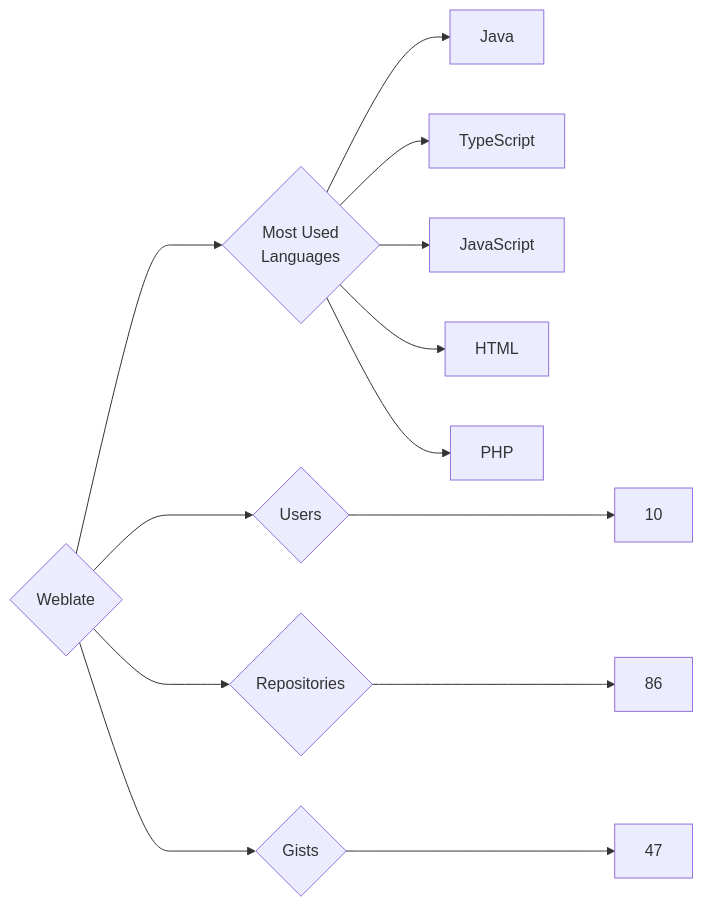
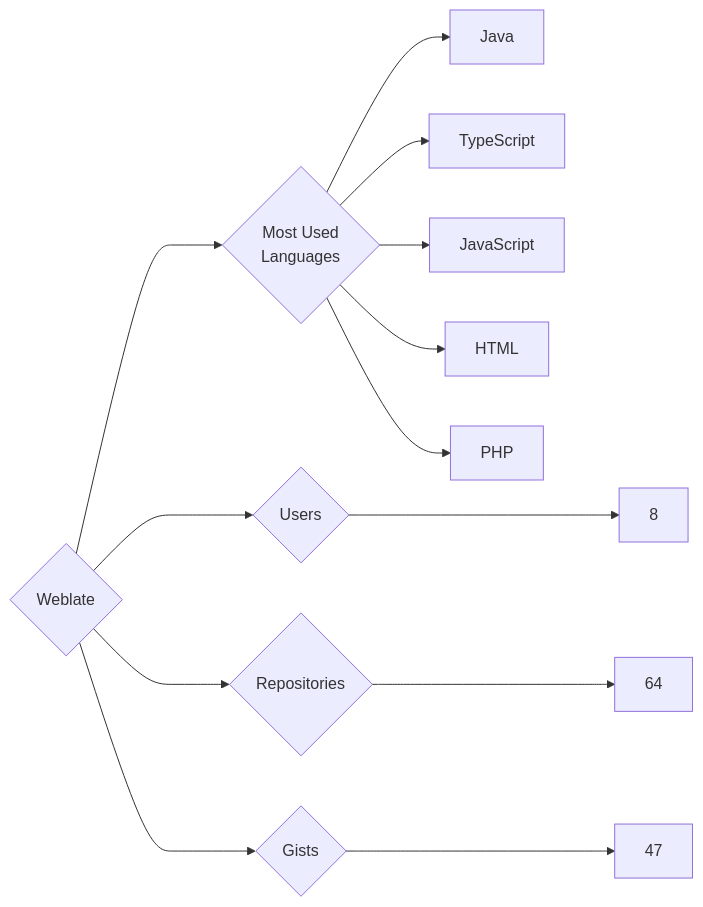
One commit to trickest/insiders changed the diagram in targets/Weblate/README.md. Above: the diagram before and after it, drawn with Mermaid. The commit also changed 1389 other files, not shown here.

````diff
--- a/targets/Weblate/README.md
+++ b/targets/Weblate/README.md
@@ -3,13 +3,13 @@
 ```mermaid
 graph LR
 COMPANY_NAME{Weblate}
-COMPANY_NAME ---> U{Users} ---> UN[10]
-COMPANY_NAME ---> R{Repositories} ---> RN[86]
+COMPANY_NAME ---> U{Users} ---> UN[8]
+COMPANY_NAME ---> R{Repositories} ---> RN[64]
 COMPANY_NAME ---> G{Gists} ---> GN[47]
 COMPANY_NAME ---> ML{Most Used<br>Languages}
 ML --> Java[Java]
 ML --> TypeScript[TypeScript]
 ML --> JavaScript[JavaScript]
 ML --> HTML[HTML]
 ML --> PHP[PHP]
 ```
````
